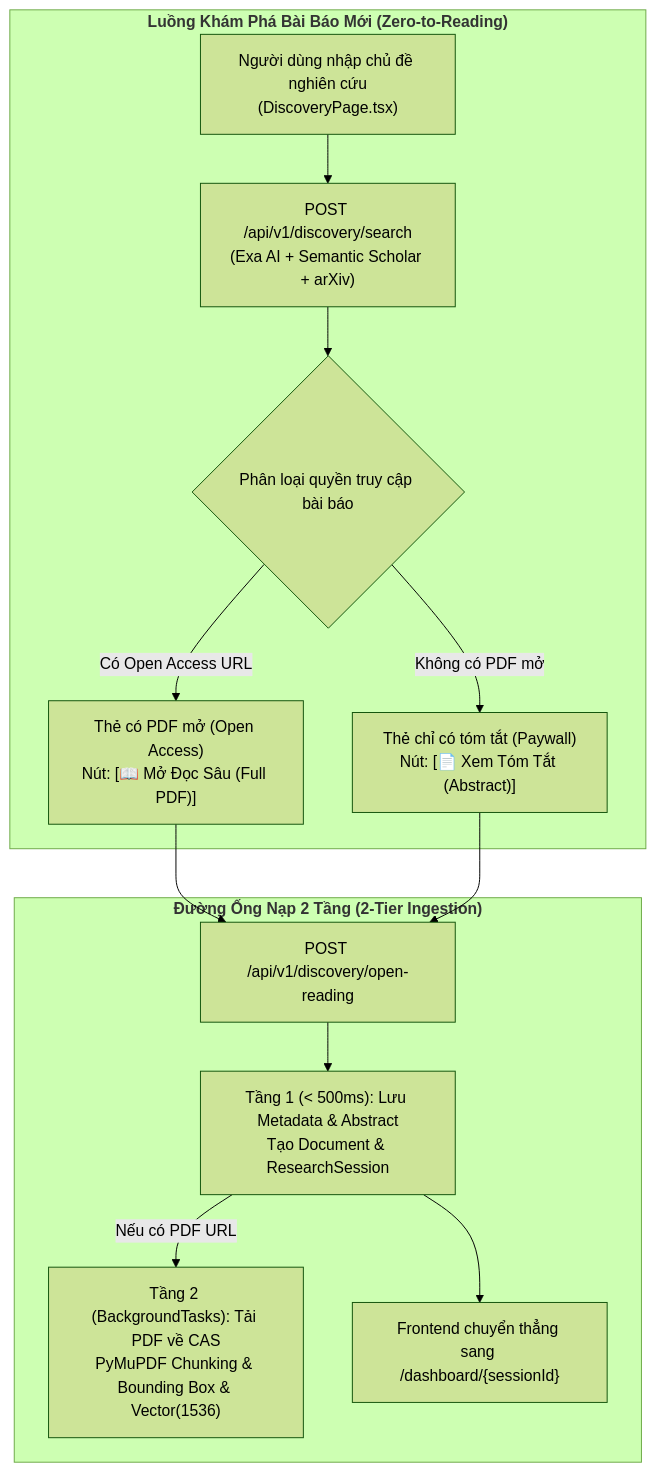
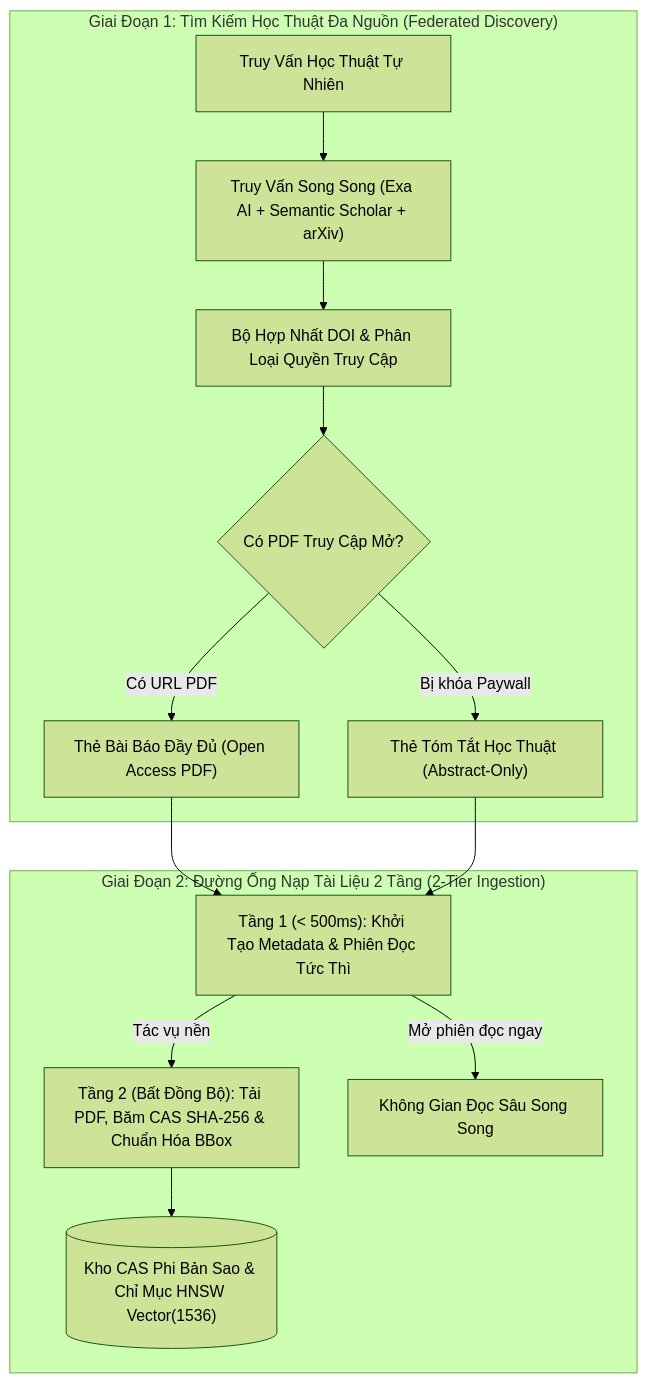
Before and after one commit to dammanhdungvn/VeriScholar: the first of 3 diagrams in docs/specs/02-discovery-and-documents-spec.md, drawn with Mermaid (forest theme). The commit also changed other lines of this file and 21 other files, not shown here.

Commit message:
docs(diagrams): upgrade PRD and Spec Mermaid diagrams to paper-grade conceptual and UML standard

````diff
--- a/docs/specs/02-discovery-and-documents-spec.md
+++ b/docs/specs/02-discovery-and-documents-spec.md
@@ -38,27 +38,26 @@
 ```mermaid
 flowchart TD
-    subgraph DiscoveryFlow ["<b>Luồng Khám Phá Bài Báo Mới (Zero-to-Reading)</b>"]
-        QueryInput["Người dùng nhập chủ đề nghiên cứu<br/>(DiscoveryPage.tsx)"]
-        SearchAPI["POST /api/v1/discovery/search<br/>(Exa AI + Semantic Scholar + arXiv)"]
-        CardDisplay{"Phân loại quyền truy cập bài báo"}
-        
-        OpenAccessCard["Thẻ có PDF mở (Open Access)<br/>Nút: [📖 Mở Đọc Sâu (Full PDF)]"]
-        PaywallCard["Thẻ chỉ có tóm tắt (Paywall)<br/>Nút: [📄 Xem Tóm Tắt (Abstract)]"]
-        
-        QueryInput --> SearchAPI --> CardDisplay
-        CardDisplay -->|Có Open Access URL| OpenAccessCard
-        CardDisplay -->|Không có PDF mở| PaywallCard
+    subgraph DiscoveryStage ["Giai Đoạn 1: Tìm Kiếm Học Thuật Đa Nguồn (Federated Discovery)"]
+        ScholarQuery["Truy Vấn Học Thuật Tự Nhiên"]
+        MultiSource["Truy Vấn Song Song (Exa AI + Semantic Scholar + arXiv)"]
+        Deduplicator["Bộ Hợp Nhất DOI & Phân Loại Quyền Truy Cập"]
+        AccessGate{"Có PDF Truy Cập Mở?"}
+        FullPdfCard["Thẻ Bài Báo Đầy Đủ (Open Access PDF)"]
+        AbstractCard["Thẻ Tóm Tắt Học Thuật (Abstract-Only)"]
+
+        ScholarQuery --> MultiSource --> Deduplicator --> AccessGate
+        AccessGate -->|"Có URL PDF"| FullPdfCard
+        AccessGate -->|"Bị khóa Paywall"| AbstractCard
     end
 
-    subgraph IngestionFlow ["<b>Đường Ống Nạp 2 Tầng (2-Tier Ingestion)</b>"]
-        OpenReadingAPI["POST /api/v1/discovery/open-reading"]
-        Tier1Meta["Tầng 1 (< 500ms): Lưu Metadata & Abstract<br/>Tạo Document & ResearchSession"]
-        Tier2Background["Tầng 2 (BackgroundTasks): Tải PDF về CAS<br/>PyMuPDF Chunking & Bounding Box & Vector(1536)"]
-        
-        OpenAccessCard --> OpenReadingAPI
-        PaywallCard --> OpenReadingAPI
-        OpenReadingAPI --> Tier1Meta
-        Tier1Meta -->|Nếu có PDF URL| Tier2Background
-        Tier1Meta --> Navigate["Frontend chuyển thẳng sang /dashboard/{sessionId}"]
+    subgraph IngestionStage ["Giai Đoạn 2: Đường Ống Nạp Tài Liệu 2 Tầng (2-Tier Ingestion)"]
+        Tier1Fast["Tầng 1 (< 500ms): Khởi Tạo Metadata & Phiên Đọc Tức Thì"]
+        Tier2Async["Tầng 2 (Bất Đồng Bộ): Tải PDF, Băm CAS SHA-256 & Chuẩn Hóa BBox"]
+        VectorIndex[("Kho CAS Phi Bản Sao & Chỉ Mục HNSW Vector(1536)")]
+
+        FullPdfCard --> Tier1Fast
+        AbstractCard --> Tier1Fast
+        Tier1Fast -->|"Mở phiên đọc ngay"| ReaderWorkspace["Không Gian Đọc Sâu Song Song"]
+        Tier1Fast -->|"Tác vụ nền"| Tier2Async --> VectorIndex
     end
 ```
````
